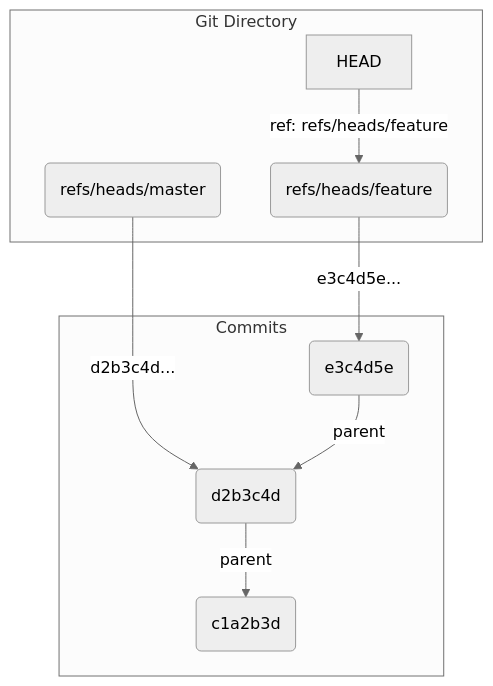
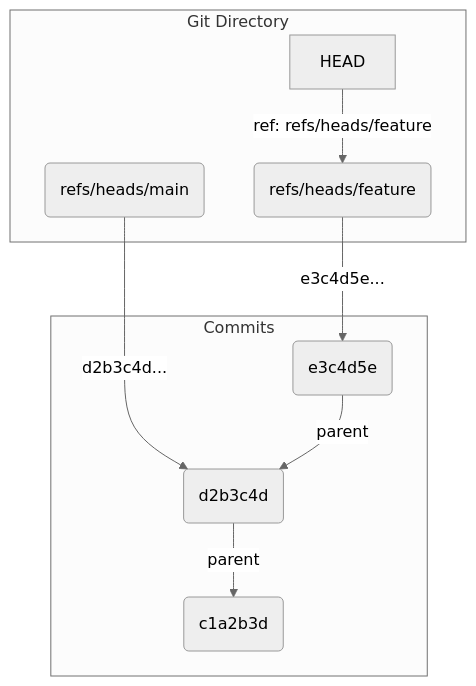
Before and after one commit to engineers-hub-ltd-in-house-project/git-deep-understanding: the second of 2 diagrams in manuscript/part1/chapter06.md, drawn with Mermaid (neutral theme). The commit also changed other lines of this file and 36 other files, not shown here.

````diff
--- a/manuscript/part1/chapter06.md
+++ b/manuscript/part1/chapter06.md
@@ -141,18 +141,18 @@
 ```mermaid
 graph TD
     subgraph Git Directory
         HEAD -- "ref: refs/heads/feature" --> FeatureRef("refs/heads/feature")
-        MasterRef("refs/heads/master")
+        MainRef("refs/heads/main")
     end
 
     subgraph Commits
         C1("c1a2b3d")
         C2("d2b3c4d")
         C3("e3c4d5e")
     end
 
     FeatureRef -- "e3c4d5e..." --> C3
-    MasterRef -- "d2b3c4d..." --> C2
+    MainRef -- "d2b3c4d..." --> C2
     C3 -- parent --> C2
     C2 -- parent --> C1
 ```
````
